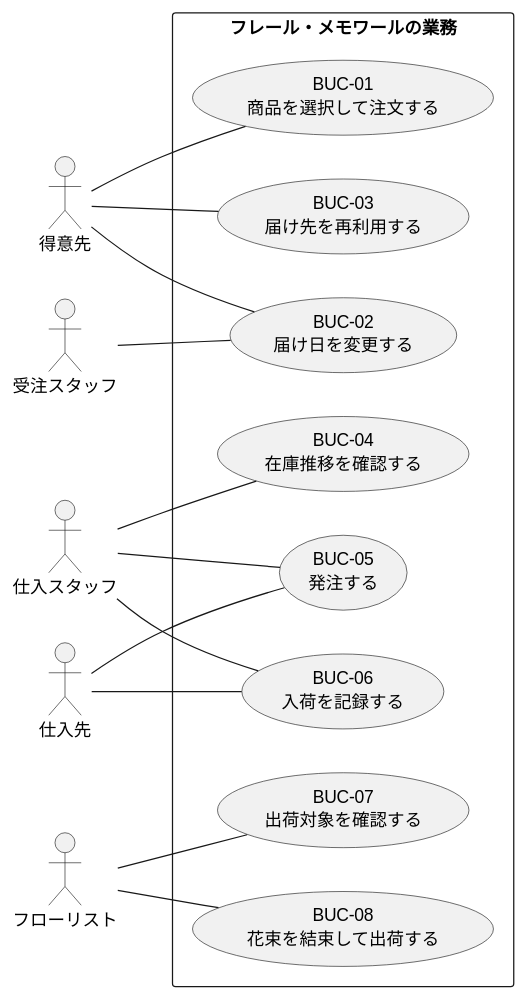
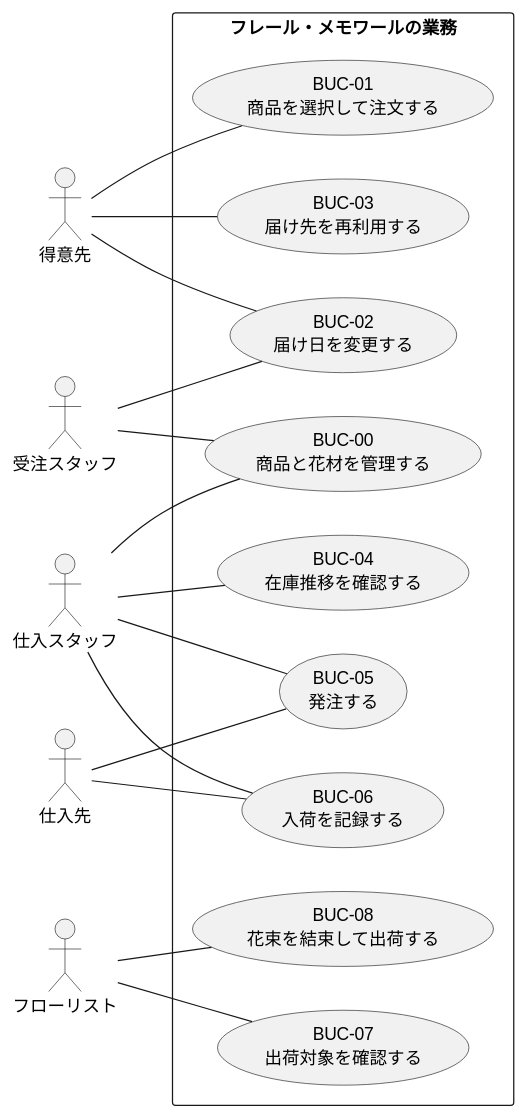
The diagram in docs/requirements/business_usecase.md (k2works/case-study-sdd-development), drawn with PlantUML before and after one commit. The commit also changed other lines of this file and 26 other files, not shown here.

````diff
--- a/docs/requirements/business_usecase.md
+++ b/docs/requirements/business_usecase.md
@@ -19,36 +19,39 @@
 ```plantuml
 @startuml
 
 left to right direction
 
 actor 得意先
 actor "受注スタッフ" as sales_staff
 actor "仕入スタッフ" as purchase_staff
 actor フローリスト
 actor 仕入先
 
 rectangle "フレール・メモワールの業務" {
+  usecase "BUC-00\n商品と花材を管理する" as BUC00
   usecase "BUC-01\n商品を選択して注文する" as BUC01
   usecase "BUC-02\n届け日を変更する" as BUC02
   usecase "BUC-03\n届け先を再利用する" as BUC03
   usecase "BUC-04\n在庫推移を確認する" as BUC04
   usecase "BUC-05\n発注する" as BUC05
   usecase "BUC-06\n入荷を記録する" as BUC06
   usecase "BUC-07\n出荷対象を確認する" as BUC07
   usecase "BUC-08\n花束を結束して出荷する" as BUC08
 }
 
+sales_staff -- BUC00
+purchase_staff -- BUC00
 得意先 -- BUC01
 得意先 -- BUC02
 得意先 -- BUC03
 sales_staff -- BUC02
 purchase_staff -- BUC04
 purchase_staff -- BUC05
 purchase_staff -- BUC06
 フローリスト -- BUC07
 フローリスト -- BUC08
 仕入先 -- BUC05
 仕入先 -- BUC06
 
 @enduml
 ```
````
